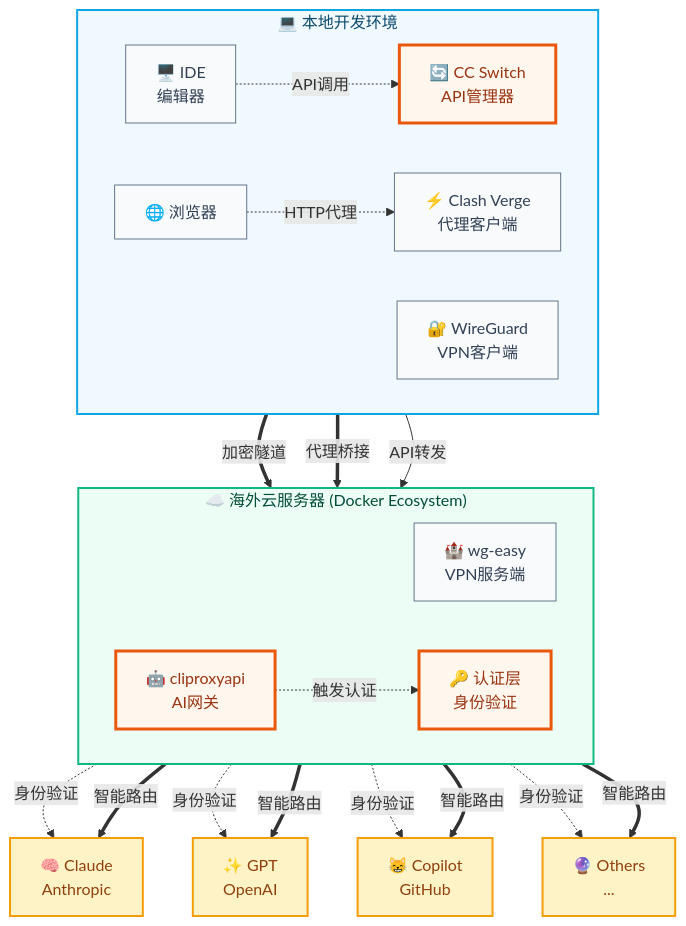
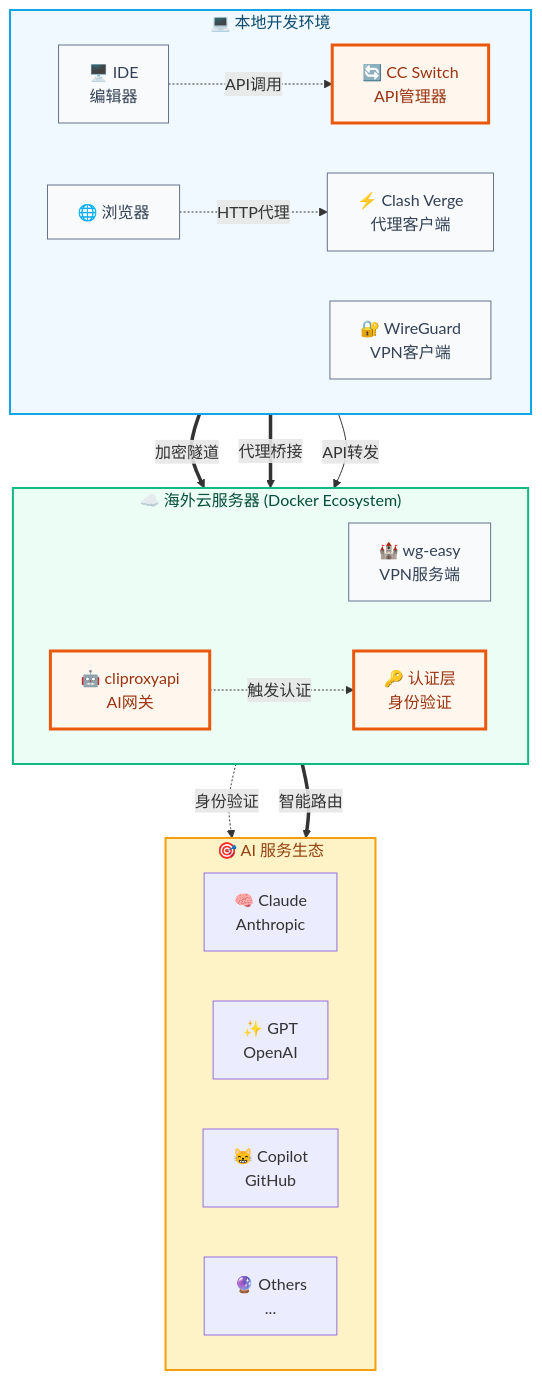
The diagram in docs/_posts/overseas-dev-environment.md (zhaofutao04/zblog), drawn with Mermaid before and after one commit.

Commit message:
docs: 修正架构图布局设计
布局修正 📐：
- 🎯 AI服务生态：重新放入统一大框，内部横向排列
- 📦 三个大框：本地环境 | 云服务器 | AI生态，垂直居中对齐
- 🔗 连接简化：统一连接AI服务生态大框，而非单个服务
- 🎨 视觉清晰：三层架构层次分明，连接关系简洁

现在架构图布局真正符合设计要求！

````diff
--- a/docs/_posts/overseas-dev-environment.md
+++ b/docs/_posts/overseas-dev-environment.md
@@ -38,63 +38,59 @@
 ```mermaid
 flowchart TB
     %% ========== 本地开发环境 ==========
     subgraph Local["💻 本地开发环境"]
         direction LR
         IDE["🖥️ IDE<br/>编辑器"]
         Browser["🌐 浏览器"]
         CCSwitch["🔄 CC Switch<br/>API管理器"]
         Clash["⚡ Clash Verge<br/>代理客户端"]
         WGClient["🔐 WireGuard<br/>VPN客户端"]
     end
 
     %% ========== 海外云服务器 ==========
     subgraph Cloud["☁️ 海外云服务器 (Docker Ecosystem)"]
         direction LR
         WGServer["🏰 wg-easy<br/>VPN服务端"]
         ApiGateway["🤖 cliproxyapi<br/>AI网关"]
         AuthLayer["🔑 认证层<br/>身份验证"]
     end
 
-    %% ========== AI 服务生态（横向排列）==========
-    Claude["🧠 Claude<br/>Anthropic"]
-    OpenAI["✨ GPT<br/>OpenAI"]
-    Copilot["😸 Copilot<br/>GitHub"]
-    Others["🔮 Others<br/>..."]
+    %% ========== AI 服务生态 ==========
+    subgraph AIEcosystem["🎯 AI 服务生态"]
+        direction LR
+        Claude["🧠 Claude<br/>Anthropic"]
+        OpenAI["✨ GPT<br/>OpenAI"]
+        Copilot["😸 Copilot<br/>GitHub"]
+        Others["🔮 Others<br/>..."]
+    end
 
     %% ========== 连接关系 ==========
     %% 开发层连接
     IDE -.->|API调用| CCSwitch
     Browser -.->|HTTP代理| Clash
 
     %% 网络层连接
     WGClient ==>|加密隧道| WGServer
     Clash ==>|代理桥接| WGServer
 
     %% 代理层连接
     CCSwitch -->|API转发| ApiGateway
     ApiGateway -.->|触发认证| AuthLayer
 
-    %% 服务层连接（横向分布）
-    AuthLayer -.->|身份验证| Claude
-    AuthLayer -.->|身份验证| OpenAI
-    AuthLayer -.->|身份验证| Copilot
-    AuthLayer -.->|身份验证| Others
-
-    ApiGateway ==>|智能路由| Claude
-    ApiGateway ==>|智能路由| OpenAI
-    ApiGateway ==>|智能路由| Copilot
-    ApiGateway ==>|智能路由| Others
+    %% 服务层连接
+    AuthLayer -.->|身份验证| AIEcosystem
+    ApiGateway ==>|智能路由| AIEcosystem
 
     %% ========== 视觉样式 ==========
     classDef localStyle fill:#f0f9ff,stroke:#0ea5e9,stroke-width:2px,color:#0c4a6e
     classDef cloudStyle fill:#ecfdf5,stroke:#10b981,stroke-width:2px,color:#064e3b
     classDef aiStyle fill:#fef3c7,stroke:#f59e0b,stroke-width:2px,color:#92400e
     classDef coreComponent fill:#fff7ed,stroke:#ea580c,stroke-width:3px,color:#9a3412
     classDef devTool fill:#f8fafc,stroke:#64748b,stroke-width:1px,color:#334155
 
     class Local localStyle
     class Cloud cloudStyle
-    class Claude,OpenAI,Copilot,Others aiStyle
+    class AIEcosystem aiStyle
     class CCSwitch,ApiGateway,AuthLayer coreComponent
     class IDE,Browser,Clash,WGClient,WGServer devTool
 ```
````
